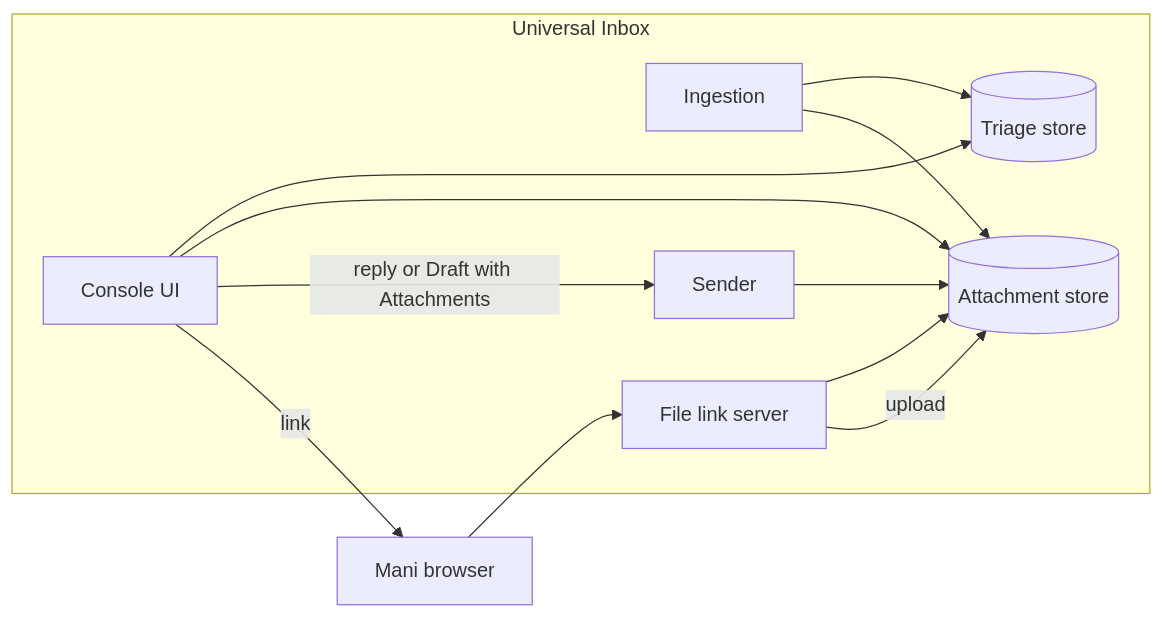
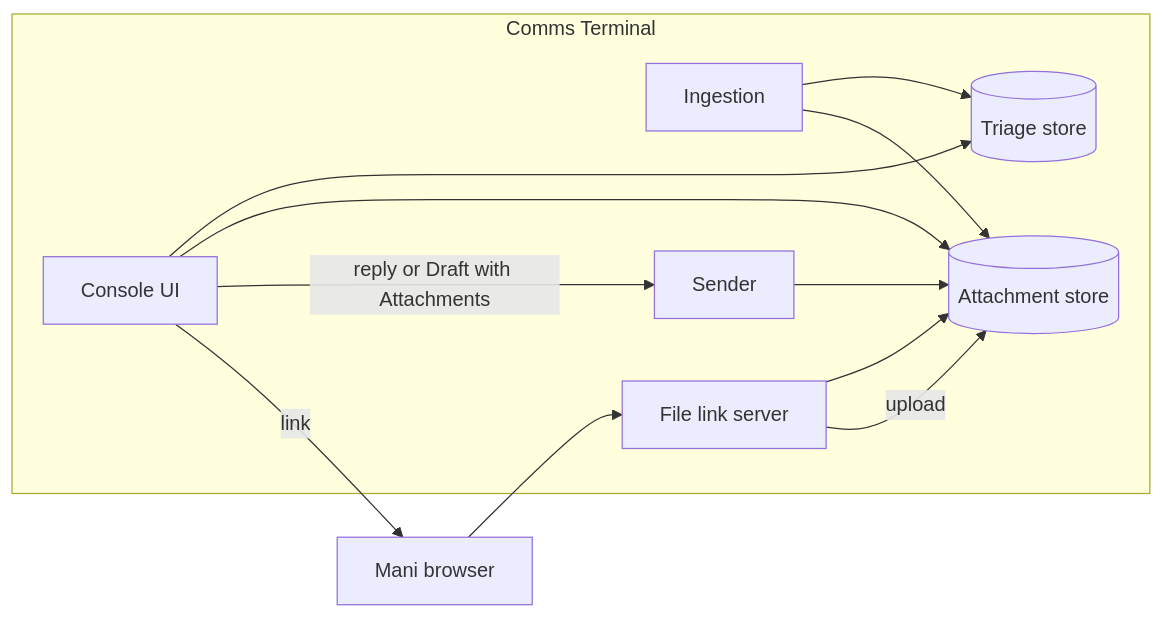
One commit to JMLegere/comms-terminal changed the second of 3 diagrams in .agents/discovery/2026-10-15-attachments.md. Above: the diagram before and after it, drawn with Mermaid. The commit also changed other lines of this file and 181 other files, not shown here.

First line of the commit message:
Rename: Universal Inbox is now Comms Terminal

````diff
--- a/.agents/discovery/2026-10-15-attachments.md
+++ b/.agents/discovery/2026-10-15-attachments.md
@@ -270,15 +270,15 @@
 ```mermaid
 flowchart LR
-  subgraph Universal Inbox
+  subgraph Comms Terminal
     ING[Ingestion] --> TS[(Triage store)]
     ING --> AS[(Attachment store)]
     CON[Console UI] --> TS
     CON --> AS
     CON -->|reply or Draft with Attachments| SND[Sender]
     LNK[File link server] --> AS
     LNK -->|upload| AS
     SND --> AS
   end
   CON -->|link| Browser[Mani browser]
   Browser --> LNK
 ```
````
